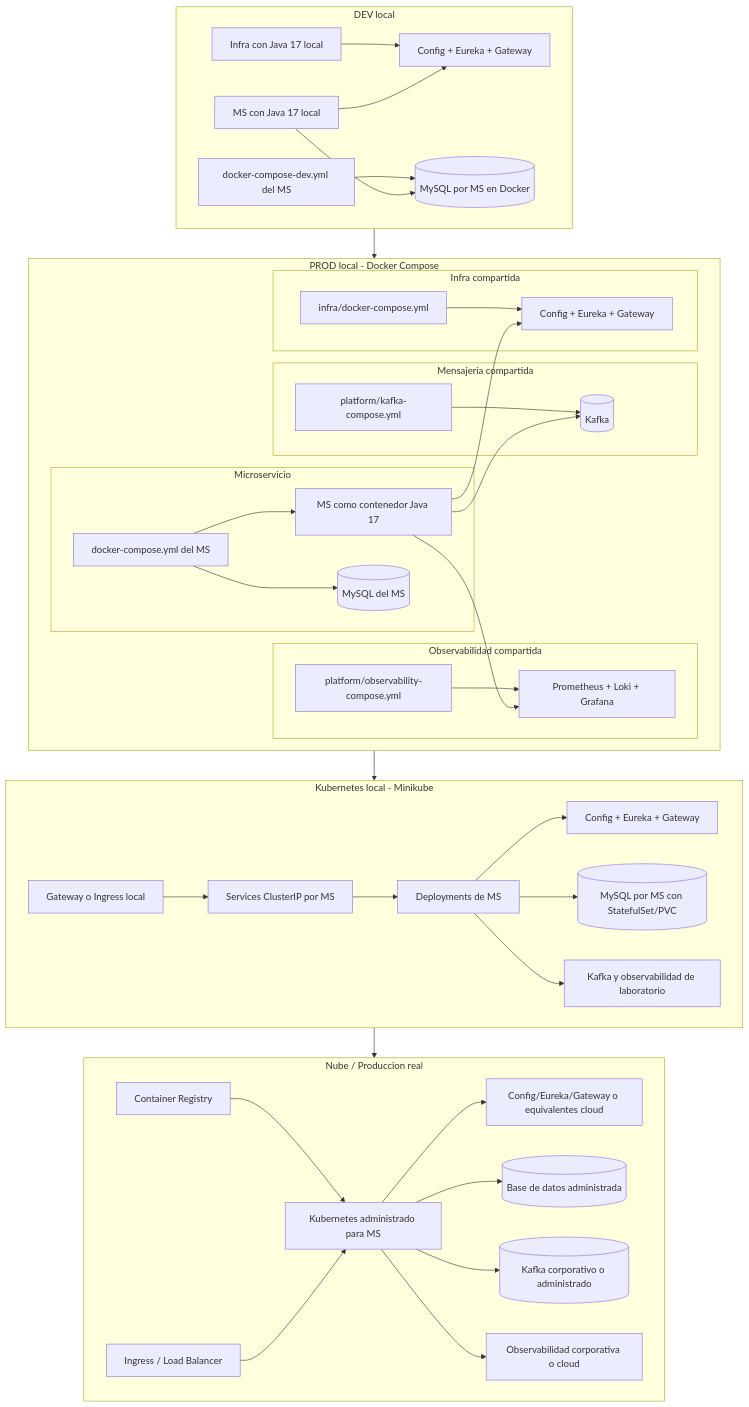
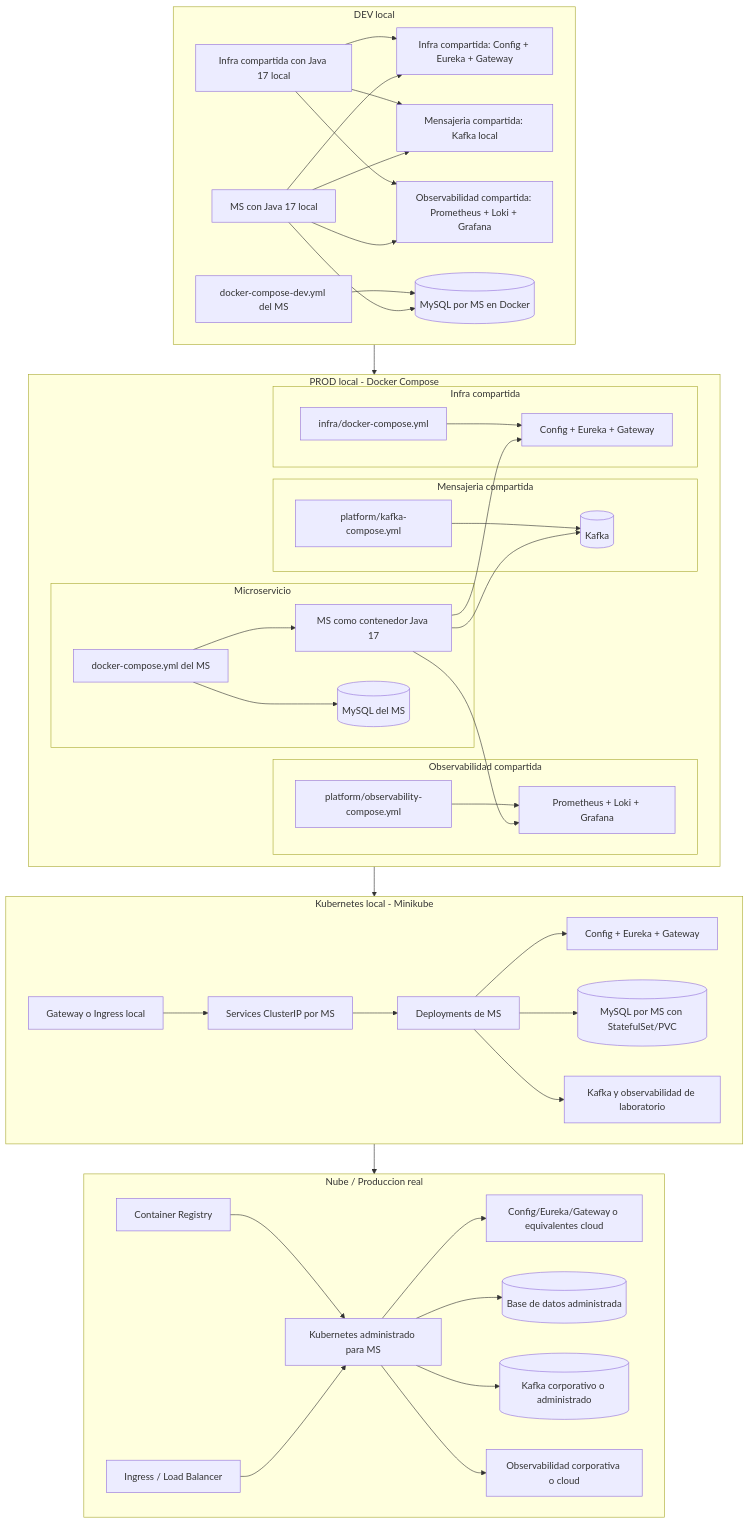
Before and after one commit to 262dist/pagatu: the tenth of 10 diagrams in README.md, drawn with Mermaid. The commit also changed other lines of this file, not shown here.

```diff
--- a/README.md
+++ b/README.md
@@ -546,13 +546,19 @@
 flowchart TB
     subgraph dev[DEV local]
         devjava[MS con Java 17 local]
-        devinfra[Infra con Java 17 local]
+        devinfra[Infra compartida con Java 17 local]
         devmscompose[docker-compose-dev.yml del MS]
-        devshared[Config + Eureka + Gateway]
+        devshared[Infra compartida: Config + Eureka + Gateway]
+        devmessaging[Mensajeria compartida: Kafka local]
+        devobs[Observabilidad compartida: Prometheus + Loki + Grafana]
         devmysql[(MySQL por MS en Docker)]
         devinfra --> devshared
+        devinfra --> devmessaging
+        devinfra --> devobs
         devmscompose --> devmysql
         devjava --> devshared
+        devjava --> devmessaging
+        devjava --> devobs
         devjava --> devmysql
     end
 
```
